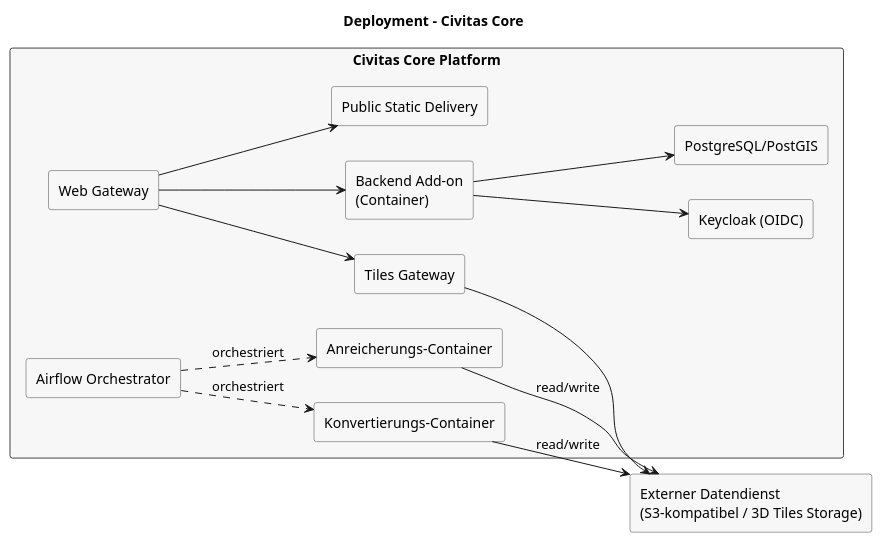
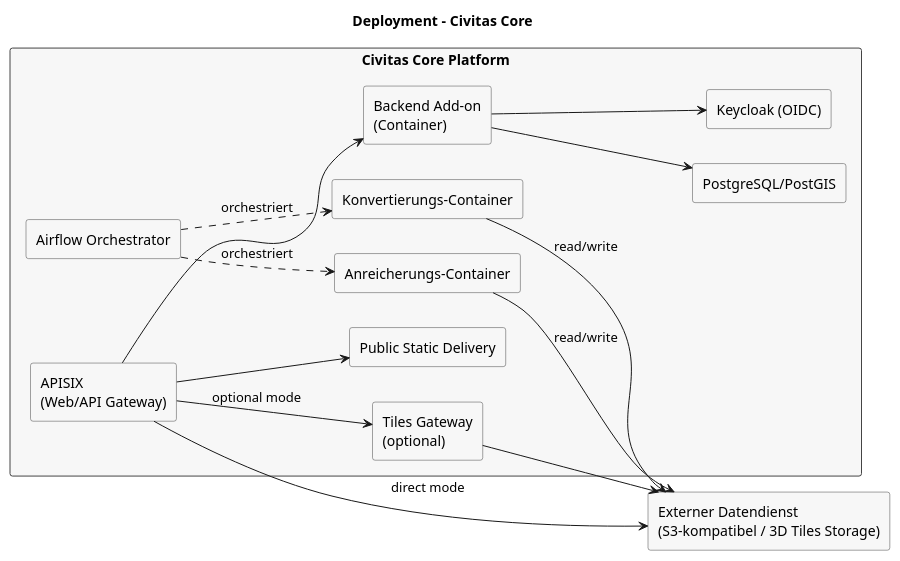
Before and after one commit to csi-FOXBYTE/Regensburg_DigitalerEnergieZwilling_Backend: the diagram in docs/architecture/raw/deployment-civitas-core.puml, drawn with PlantUML. The commit also changed 36 other files, not shown here.

```diff
--- a/docs/architecture/raw/deployment-civitas-core.puml
+++ b/docs/architecture/raw/deployment-civitas-core.puml
@@ -1,38 +1,39 @@
 @startuml
 left to right direction
 skinparam rectangle {
   BackgroundColor #F7F7F7
   BorderColor #444444
 }
 
 title Deployment – Civitas Core
 
 rectangle "Civitas Core Platform" as civitas {
-  rectangle "Web Gateway" as gateway
+  rectangle "APISIX\n(Web/API Gateway)" as gateway
   rectangle "Backend Add-on\n(Container)" as backend
   rectangle "Airflow Orchestrator" as airflow
   rectangle "Konvertierungs-Container" as convert
   rectangle "Anreicherungs-Container" as enrich
   rectangle "Public Static Delivery" as static
-  rectangle "Tiles Gateway" as tiles
+  rectangle "Tiles Gateway\n(optional)" as tiles
   rectangle "PostgreSQL/PostGIS" as db
   rectangle "Keycloak (OIDC)" as keycloak
 }
 
 rectangle "Externer Datendienst\n(S3-kompatibel / 3D Tiles Storage)" as s3
 
 gateway --> static
 gateway --> backend
-gateway --> tiles
+gateway --> tiles : optional mode
+gateway --> s3 : direct mode
 
 backend --> db
 backend --> keycloak
 
 tiles --> s3
 
 airflow ..> convert : orchestriert
 airflow ..> enrich : orchestriert
 convert --> s3 : read/write
 enrich --> s3 : read/write
 
 @enduml
```
